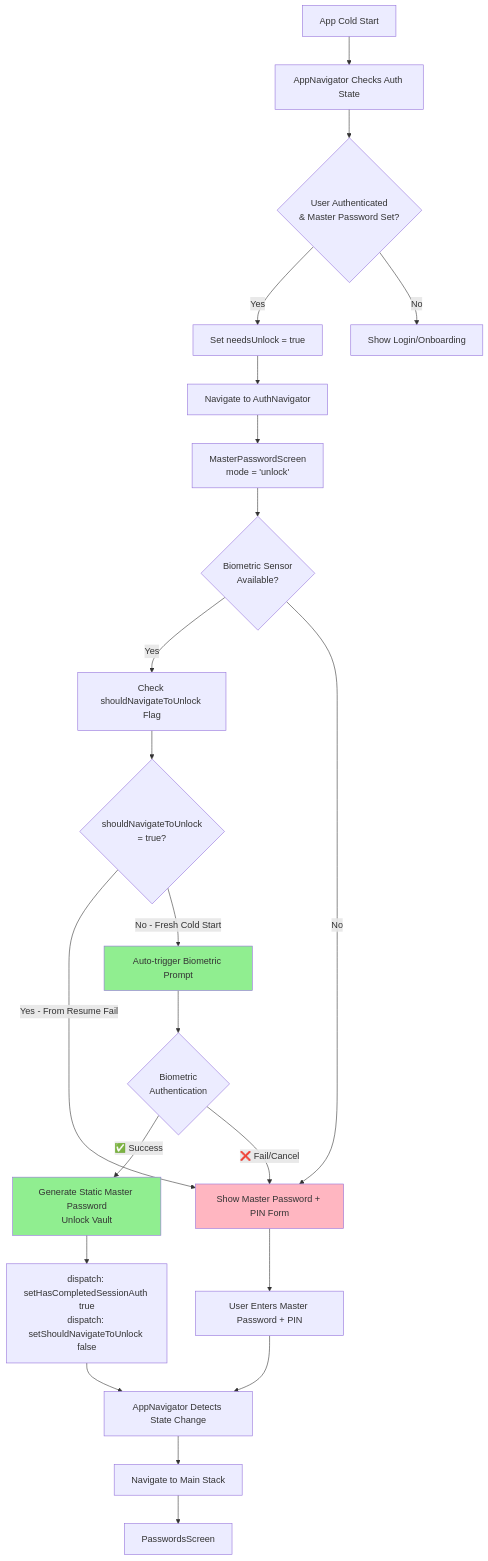
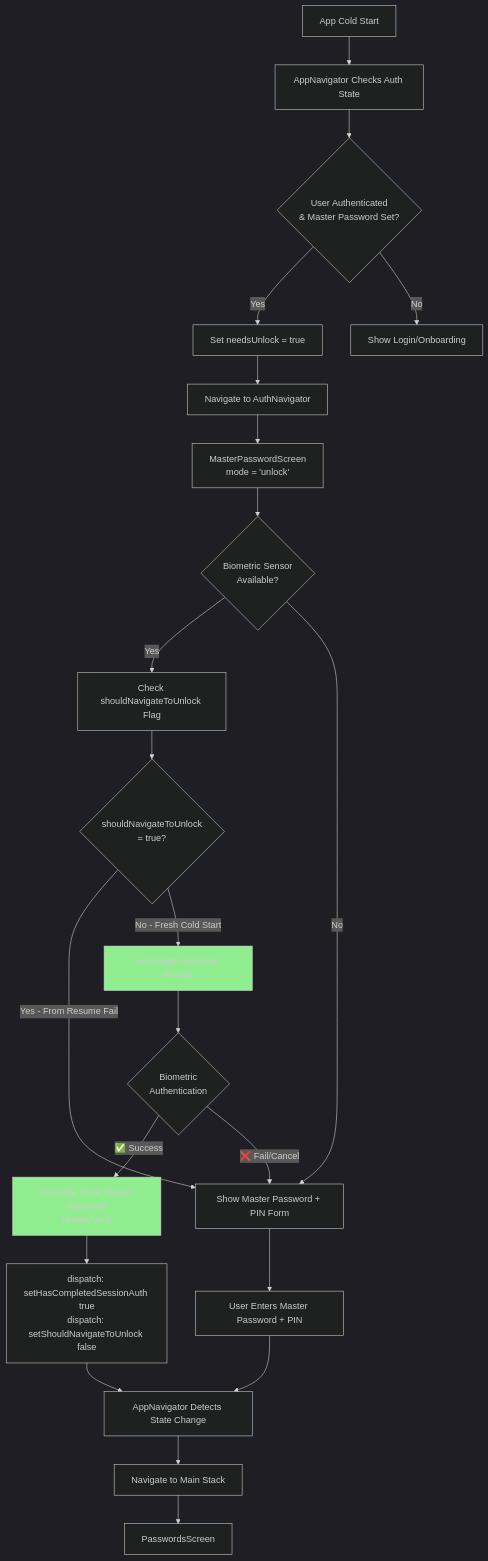
The second of 17 diagrams in PasswordEpic.md (TuPhung369/PasswordEpic), drawn with Mermaid before and after one commit. The commit also changed other lines of this file, not shown here.

````diff
--- a/PasswordEpic.md
+++ b/PasswordEpic.md
@@ -276,34 +277,35 @@
 ```mermaid
+%%{init: {'theme': 'dark'}}%%
 flowchart TD
     A[App Cold Start] --> B[AppNavigator Checks Auth State]
     B --> C{User Authenticated<br/>& Master Password Set?}
     C -->|Yes| D[Set needsUnlock = true]
     C -->|No| Z[Show Login/Onboarding]
 
     D --> E[Navigate to AuthNavigator]
     E --> F[MasterPasswordScreen<br/>mode = 'unlock']
 
     F --> G{Biometric Sensor<br/>Available?}
     G -->|Yes| H[Check shouldNavigateToUnlock Flag]
     G -->|No| M[Show Master Password + PIN Form]
 
     H --> I{shouldNavigateToUnlock<br/>= true?}
     I -->|Yes - From Resume Fail| M
     I -->|No - Fresh Cold Start| J[Auto-trigger Biometric Prompt]
 
     J --> K{Biometric<br/>Authentication}
     K -->|✅ Success| L[Generate Static Master Password<br/>Unlock Vault]
     K -->|❌ Fail/Cancel| M
 
     L --> N[dispatch: setHasCompletedSessionAuth true<br/>dispatch: setShouldNavigateToUnlock false]
     M --> O[User Enters Master Password + PIN]
 
     N --> P[AppNavigator Detects State Change]
     O --> P
     P --> Q[Navigate to Main Stack]
     Q --> R[PasswordsScreen]
 
     style J fill:#90EE90
     style L fill:#90EE90
-    style M fill:#FFB6C1
+    style M fill:#1F2020
 ```
````
